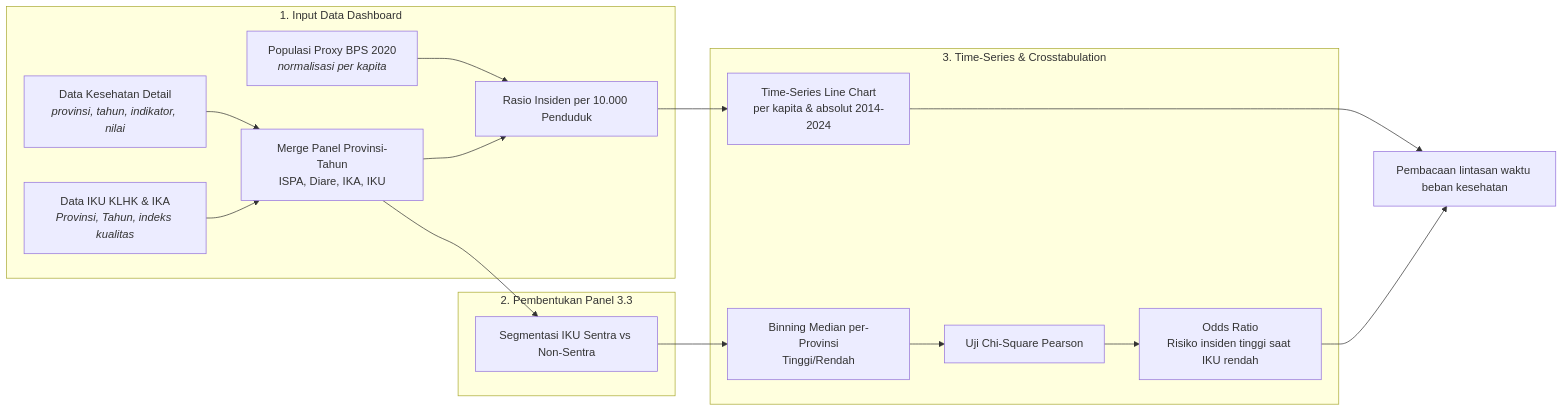
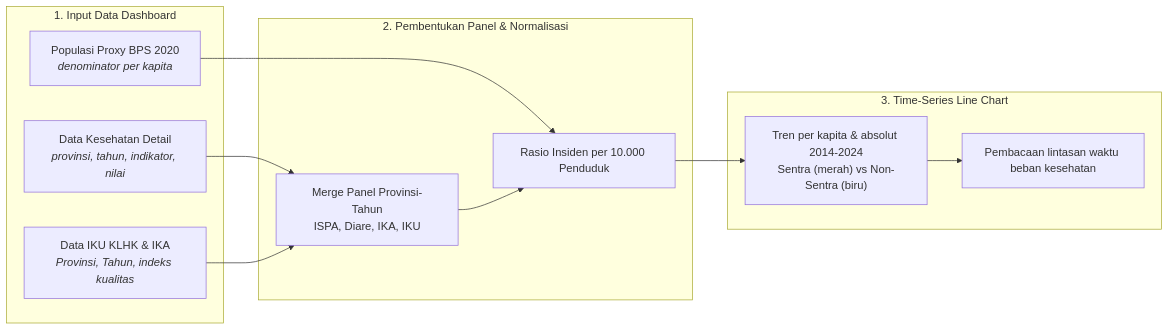
The third of 5 diagrams in tools/report_metodologi/bab_3/Metodologi_Bab3_Beban_Kesehatan.md (HenryAi-SIBERMU/ECC), drawn with Mermaid before and after one commit. The commit also changed other lines of this file and 9 other files, not shown here.

````diff
--- a/tools/report_metodologi/bab_3/Metodologi_Bab3_Beban_Kesehatan.md
+++ b/tools/report_metodologi/bab_3/Metodologi_Bab3_Beban_Kesehatan.md
@@ -159,20 +159,18 @@
 ```mermaid
 flowchart LR
     subgraph Data_Input["1. Input Data Dashboard"]
-        A["Data Kesehatan Detail<br/><i>provinsi, tahun, indikator, nilai</i>"] --> C
-        B["Data IKU KLHK & IKA<br/><i>Provinsi, Tahun, indeks kualitas</i>"] --> C
-        P["Populasi Proxy BPS 2020<br/><i>normalisasi per kapita</i>"] --> D
+        A["Data Kesehatan Detail<br/><i>provinsi, tahun, indikator, nilai</i>"]
+        B["Data IKU KLHK & IKA<br/><i>Provinsi, Tahun, indeks kualitas</i>"]
+        P["Populasi Proxy BPS 2020<br/><i>denominator per kapita</i>"]
     end
-    subgraph Panel_Processing["2. Pembentukan Panel 3.3"]
-        C["Merge Panel Provinsi-Tahun<br/>ISPA, Diare, IKA, IKU"] --> D["Rasio Insiden per 10.000 Penduduk"]
-        C --> E["Segmentasi IKU Sentra vs Non-Sentra"]
+    subgraph Panel_Processing["2. Pembentukan Panel & Normalisasi"]
+        A --> C["Merge Panel Provinsi-Tahun<br/>ISPA, Diare, IKA, IKU"]
+        B --> C
+        P --> D["Rasio Insiden per 10.000 Penduduk"]
+        C --> D
     end
-    subgraph Statistical_Test["3. Time-Series & Crosstabulation"]
-        D --> F["Time-Series Line Chart<br/>per kapita & absolut 2014-2024"]
-        E --> G["Binning Median per-Provinsi<br/>Tinggi/Rendah"]
-        G --> H["Uji Chi-Square Pearson"]
-        H --> I["Odds Ratio<br/>Risiko insiden tinggi saat IKU rendah"]
+    subgraph Visual_Output["3. Time-Series Line Chart"]
+        D --> E["Tren per kapita & absolut 2014-2024<br/>Sentra (merah) vs Non-Sentra (biru)"]
+        E --> F["Pembacaan lintasan waktu beban kesehatan"]
     end
-    F --> J["Pembacaan lintasan waktu beban kesehatan"]
-    I --> J
 ```
````
